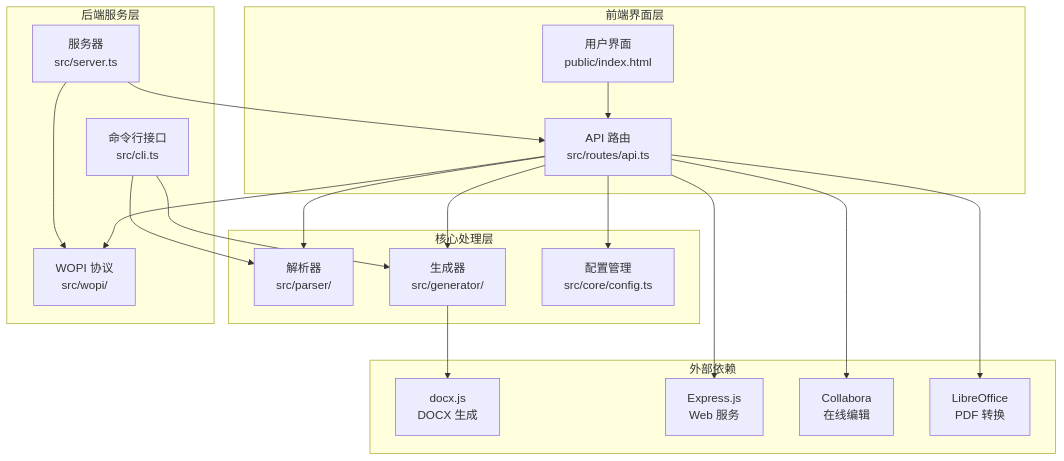
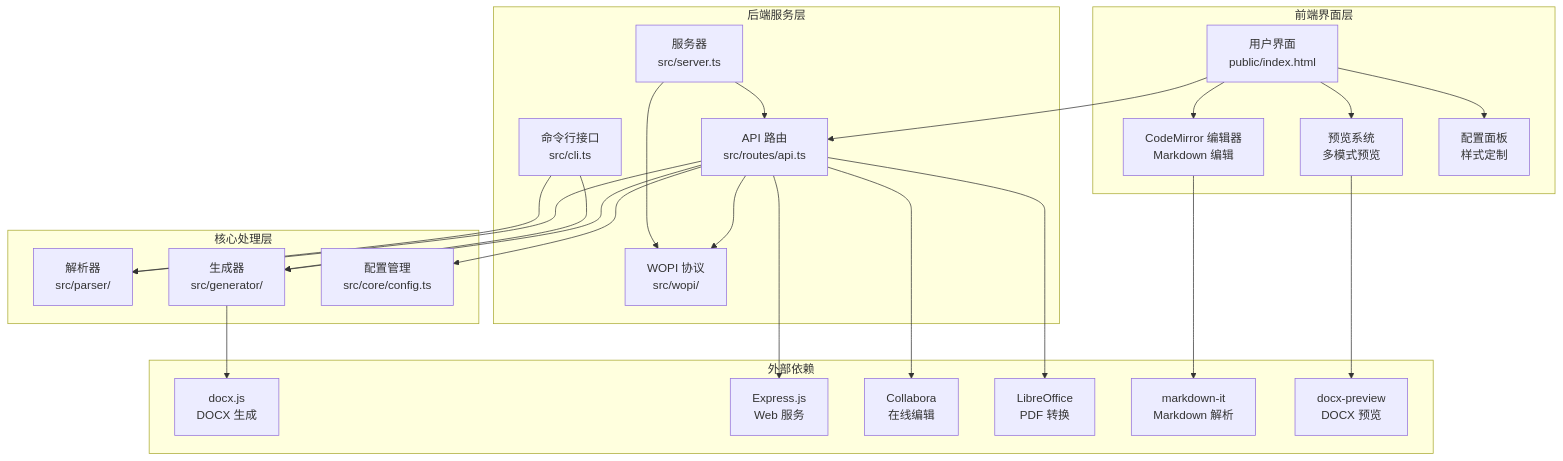
The first of 12 diagrams in .lingma/repowiki/zh/content/用户指南/前端界面现代化.md (wanwushelie/markdown-to-word-studio), drawn with Mermaid before and after one commit. The commit also changed other lines of this file and 7 other files, not shown here.

````diff
--- a/.lingma/repowiki/zh/content/用户指南/前端界面现代化.md
+++ b/.lingma/repowiki/zh/content/用户指南/前端界面现代化.md
@@ -48,36 +64,46 @@
 ```mermaid
 graph TB
 subgraph "前端界面层"
 UI[用户界面<br/>public/index.html]
-API[API 路由<br/>src/routes/api.ts]
+CodeMirror[CodeMirror 编辑器<br/>Markdown 编辑]
+Preview[预览系统<br/>多模式预览]
+ConfigPanel[配置面板<br/>样式定制]
 end
 subgraph "核心处理层"
 Parser[解析器<br/>src/parser/]
 Generator[生成器<br/>src/generator/]
 Config[配置管理<br/>src/core/config.ts]
 end
 subgraph "后端服务层"
 Server[服务器<br/>src/server.ts]
 WOPI[WOPI 协议<br/>src/wopi/]
+API[API 路由<br/>src/routes/api.ts]
 CLI[命令行接口<br/>src/cli.ts]
 end
 subgraph "外部依赖"
 DOCX[docx.js<br/>DOCX 生成]
 Express[Express.js<br/>Web 服务]
 Collabora[Collabora<br/>在线编辑]
 LibreOffice[LibreOffice<br/>PDF 转换]
+markdown-it[markdown-it<br/>Markdown 解析]
+docx-preview[docx-preview<br/>DOCX 预览]
 end
+UI --> CodeMirror
+UI --> Preview
+UI --> ConfigPanel
 UI --> API
 API --> Parser
 API --> Generator
 API --> Config
 API --> WOPI
 Server --> API
 Server --> WOPI
 CLI --> Parser
 CLI --> Generator
 Generator --> DOCX
 API --> Express
 API --> Collabora
 API --> LibreOffice
+CodeMirror --> markdown-it
+Preview --> docx-preview
 ```
````
